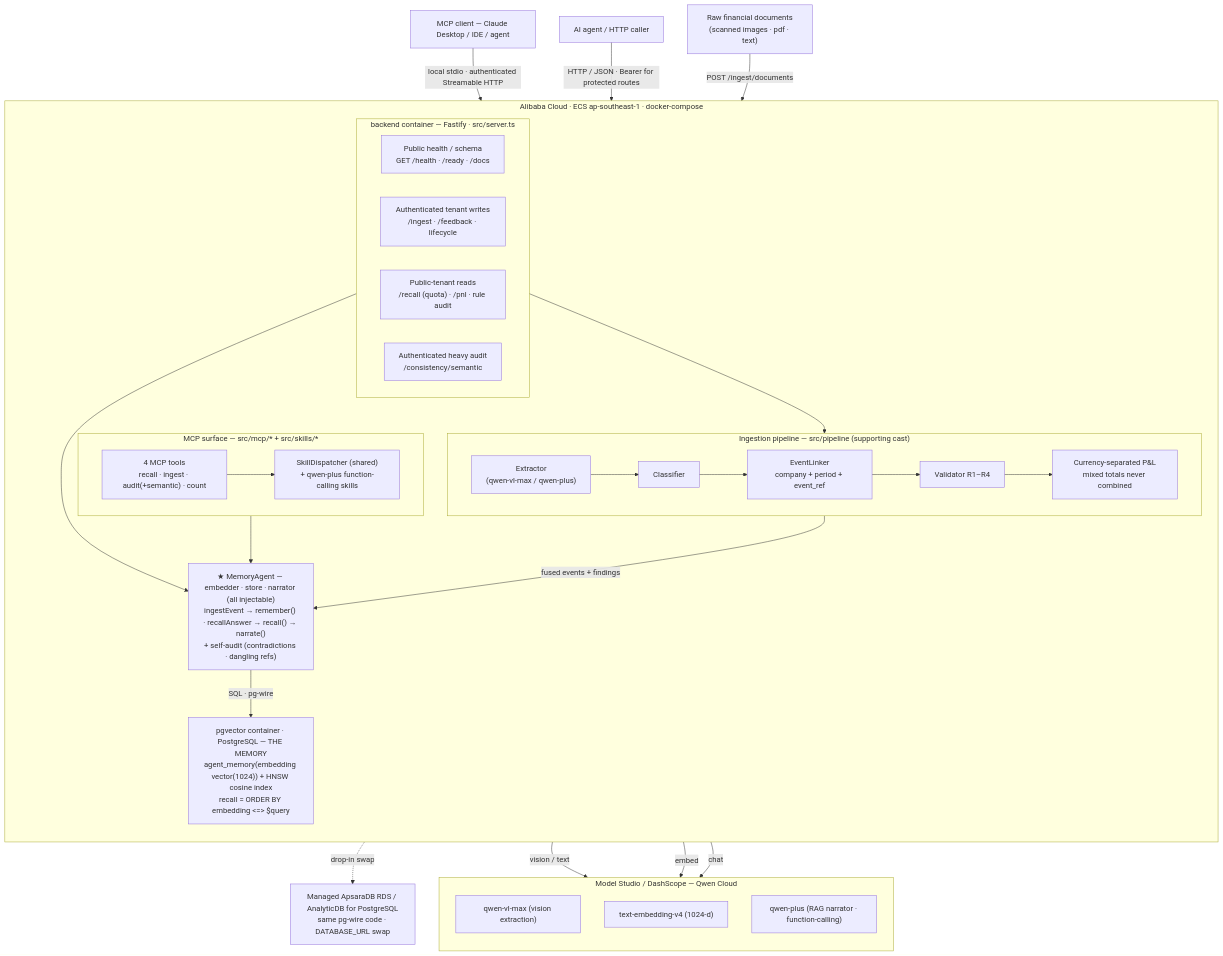
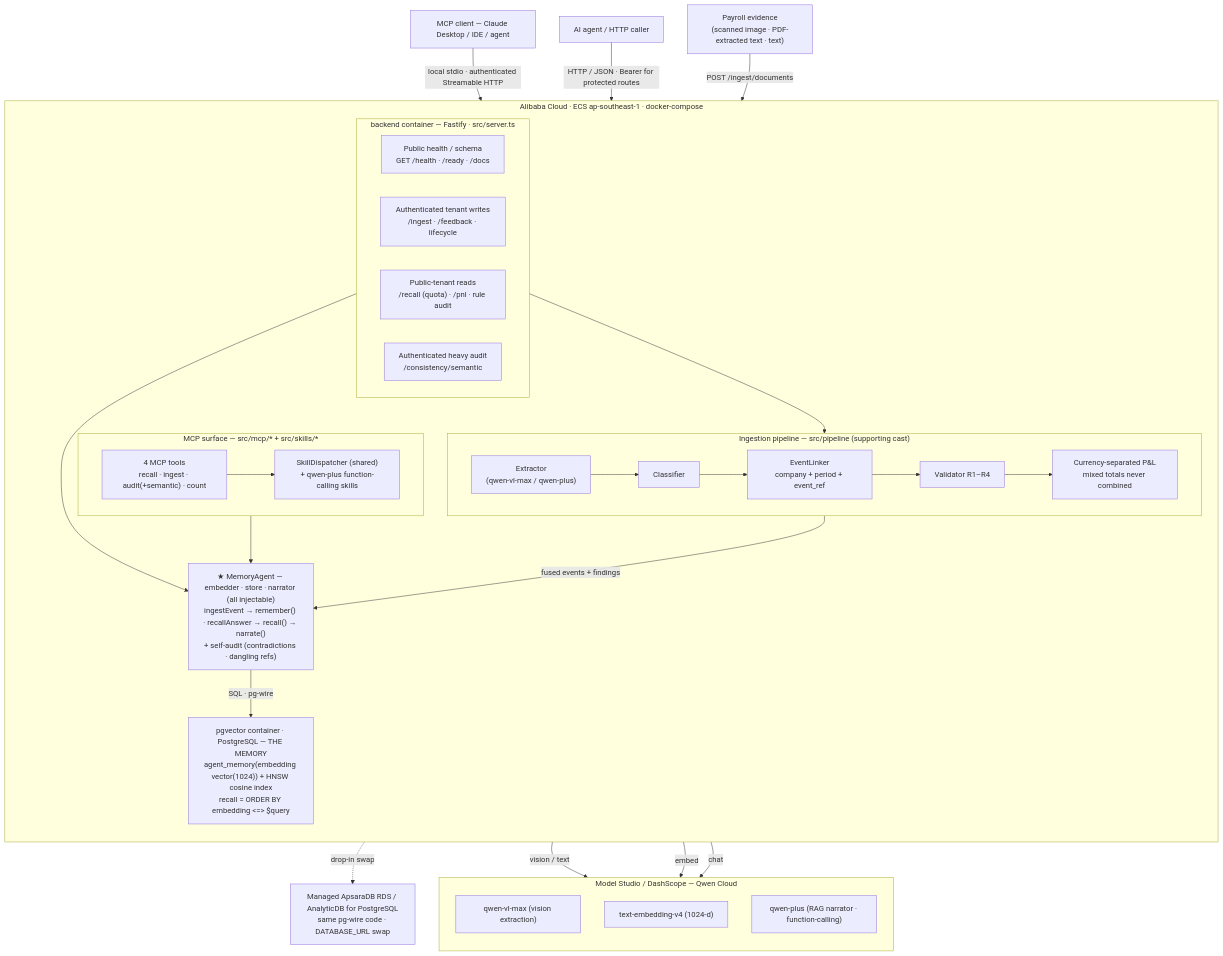
Before and after one commit to upgradedev/archon-qwen-memoryagent: the diagram in README.md, drawn with Mermaid. The commit also changed other lines of this file and 123 other files, not shown here.

````diff
--- a/README.md
+++ b/README.md
@@ -218,56 +232,56 @@
 ```mermaid
 flowchart TB
     Agent["AI agent / HTTP caller"]
-    Docs["Raw financial documents<br/>(scanned images · pdf · text)"]
+    Docs["Payroll evidence<br/>(scanned image · PDF-extracted text · text)"]
     MCPClient["MCP client — Claude Desktop / IDE / agent"]
 
     subgraph ECS["Alibaba Cloud · ECS ap-southeast-1 · docker-compose"]
         direction TB
         subgraph API["backend container — Fastify · src/server.ts"]
             direction LR
             H["Public health / schema<br/>GET /health · /ready · /docs"]
             I["Authenticated tenant writes<br/>/ingest · /feedback · lifecycle"]
             R["Public-tenant reads<br/>/recall (quota) · /pnl · rule audit"]
             C["Authenticated heavy audit<br/>/consistency/semantic"]
         end
         subgraph PIPE["Ingestion pipeline — src/pipeline (supporting cast)"]
             direction LR
             EX["Extractor<br/>(qwen-vl-max / qwen-plus)"]
             CL["Classifier"]
             EL["EventLinker<br/>company + period + event_ref"]
             VA["Validator R1–R4"]
             PN["Currency-separated P&amp;L<br/>mixed totals never combined"]
             EX --> CL --> EL --> VA --> PN
         end
         subgraph MCPSURF["MCP surface — src/mcp/* + src/skills/*"]
             direction LR
             MT["4 MCP tools<br/>recall · ingest · audit(+semantic) · count"]
             SK["SkillDispatcher (shared)<br/>+ qwen-plus function-calling skills"]
         end
         MA["★ MemoryAgent — embedder · store · narrator (all injectable)<br/>ingestEvent → remember() · recallAnswer → recall() → narrate()<br/>+ self-audit (contradictions · dangling refs)"]
         DB["pgvector container · PostgreSQL — THE MEMORY<br/>agent_memory(embedding vector(1024)) + HNSW cosine index<br/>recall = ORDER BY embedding &lt;=&gt; $query"]
     end
 
     subgraph QWEN["Model Studio / DashScope — Qwen Cloud"]
         direction TB
         VL["qwen-vl-max (vision extraction)"]
         EMB["text-embedding-v4 (1024-d)"]
         LLM["qwen-plus (RAG narrator · function-calling)"]
     end
 
     RDS["Managed ApsaraDB RDS / AnalyticDB for PostgreSQL<br/>same pg-wire code · DATABASE_URL swap"]
 
     Agent -->|HTTP / JSON · Bearer for protected routes| API
     Docs -->|POST /ingest/documents| API
     API --> PIPE
     API --> MA
     PIPE -->|fused events + findings| MA
     EX -->|vision / text| VL
     MCPClient -->|local stdio · authenticated Streamable HTTP| MT
     MT --> SK
     SK --> MA
     MA -->|embed| EMB
     MA -->|chat| LLM
     MA -->|SQL · pg-wire| DB
     DB -. drop-in swap .-> RDS
 ```
````
